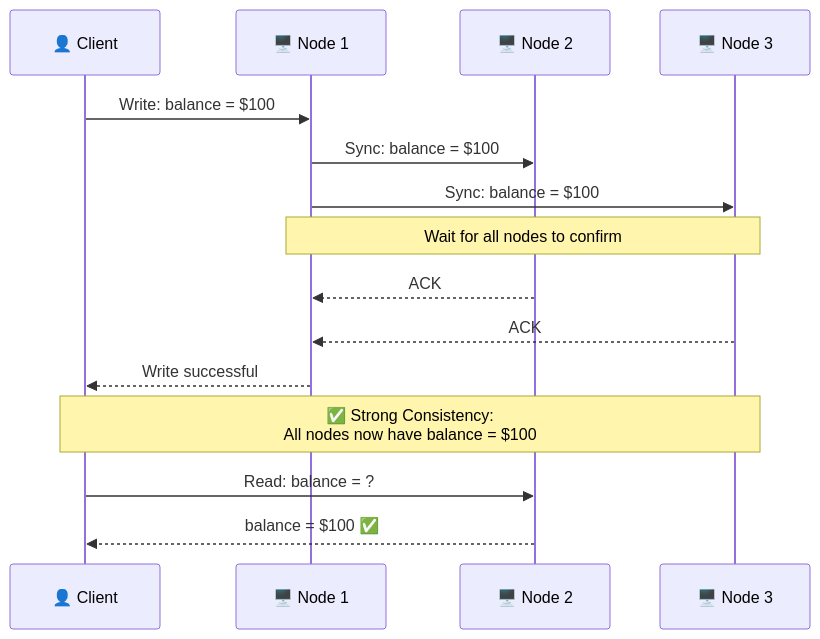
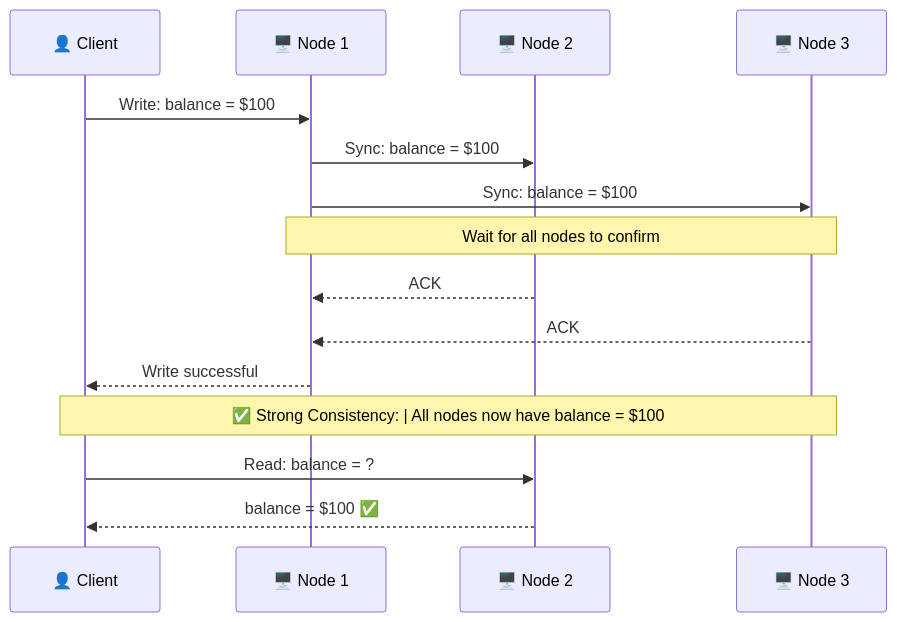
Before and after one commit to p1kmr/for-reading: the second of 18 diagrams in HLD/foundation/08_cap-theorem.md, drawn with Mermaid. The commit also changed other lines of this file and 14 other files, not shown here.

Commit message:
Fix Mermaid diagram syntax: Replace <br/> with <br> for GitHub compatibility

````diff
--- a/HLD/foundation/08_cap-theorem.md
+++ b/HLD/foundation/08_cap-theorem.md
@@ -67,22 +67,22 @@
 ```mermaid
 sequenceDiagram
     participant Client as 👤 Client
     participant Node1 as 🖥️ Node 1
     participant Node2 as 🖥️ Node 2
     participant Node3 as 🖥️ Node 3
 
     Client->>Node1: Write: balance = $100
     Node1->>Node2: Sync: balance = $100
     Node1->>Node3: Sync: balance = $100
 
     Note over Node1,Node3: Wait for all nodes to confirm
 
     Node2-->>Node1: ACK
     Node3-->>Node1: ACK
     Node1-->>Client: Write successful
 
-    Note over Client,Node3: ✅ Strong Consistency:<br/>All nodes now have balance = $100
+    Note over Client,Node3: ✅ Strong Consistency: | All nodes now have balance = $100
 
     Client->>Node2: Read: balance = ?
     Node2-->>Client: balance = $100 ✅
 ```
````
